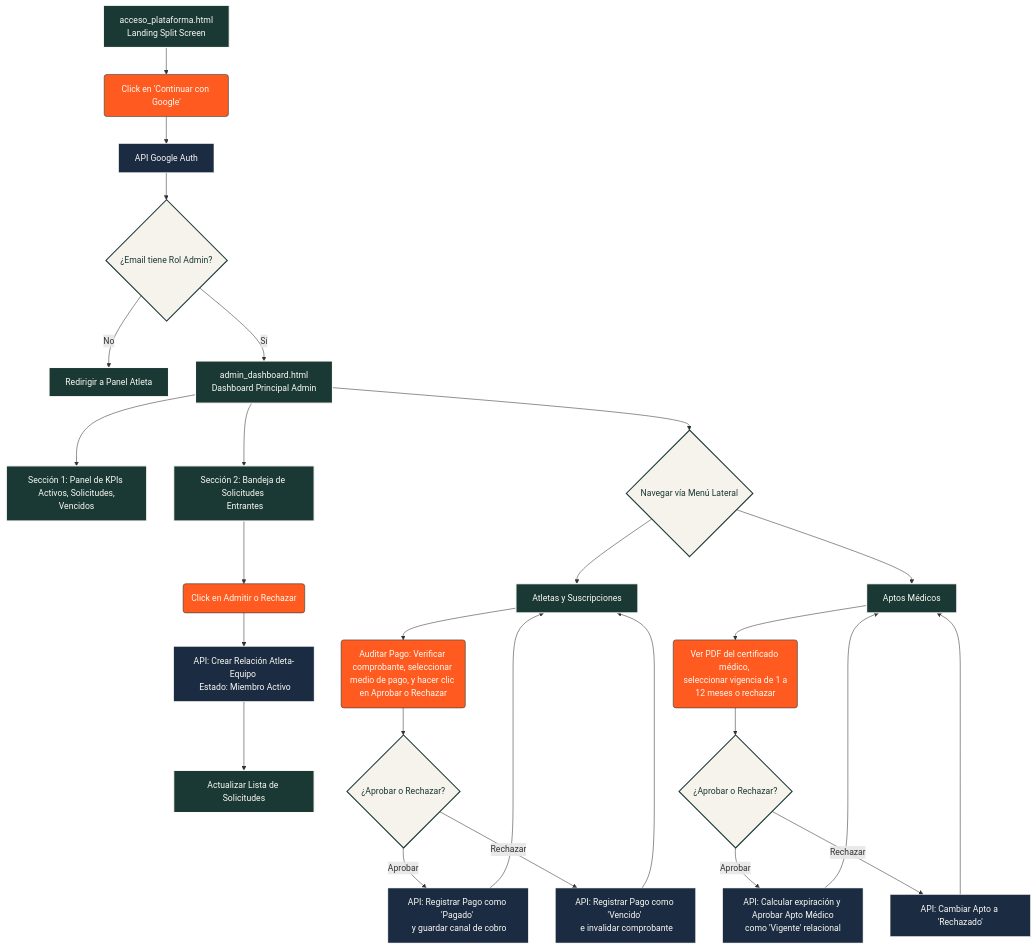
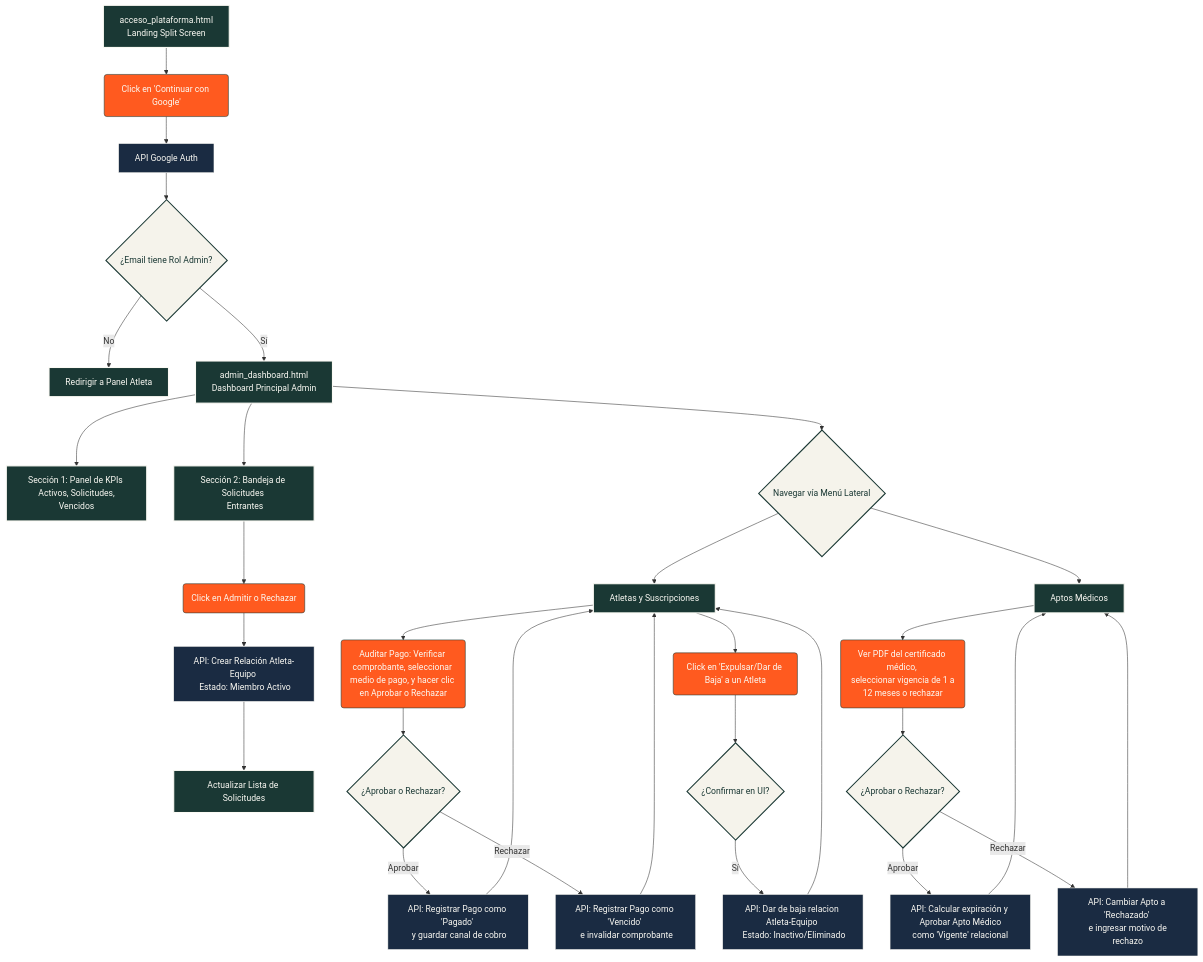
Before and after one commit to thspin/stride: the diagram in User Flows/flujo_recorrido_administrador.md, drawn with Mermaid. The commit also changed 8 other files, not shown here.

Commit message:
Docs: Update user flows with new business rules

````diff
--- a/User Flows/flujo_recorrido_administrador.md
+++ b/User Flows/flujo_recorrido_administrador.md
@@ -1,39 +1,44 @@
 ```mermaid
 graph TD
     classDef pantalla fill:#1A3834,stroke:#FBFAF4,stroke-width:2px,color:#FBFAF4;
     classDef accion fill:#FF5A1F,stroke:#1A3834,stroke-width:1px,color:#FBFAF4;
     classDef decision fill:#F5F3EB,stroke:#1A3834,stroke-width:2px,color:#1A3834;
     classDef sistema fill:#1A2B42,stroke:#FBFAF4,stroke-width:1px,color:#FBFAF4;
 
     A[acceso_plataforma.html <br> Landing Split Screen]:::pantalla --> B(Click en 'Continuar con Google'):::accion
     B --> C[API Google Auth]:::sistema
     C --> D{¿Email tiene Rol Admin?}:::decision
     
     D -- No --> E[Redirigir a Panel Atleta]:::pantalla
     D -- Sí --> F[admin_dashboard.html <br> Dashboard Principal Admin]:::pantalla
     
     F --> G[Sección 1: Panel de KPIs <br> Activos, Solicitudes, Vencidos]:::pantalla
     F --> H[Sección 2: Bandeja de Solicitudes <br> Entrantes]:::pantalla
     
     H --> I(Click en Admitir o Rechazar):::accion
     I --> J[API: Crear Relación Atleta-Equipo <br> Estado: Miembro Activo]:::sistema
     J --> K[Actualizar Lista de Solicitudes]:::pantalla
     
     F --> L{Navegar vía Menú Lateral}:::decision
     L --> L1[Atletas y Suscripciones]:::pantalla
     L --> L2[Aptos Médicos]:::pantalla
     
     L1 --> M(Auditar Pago: Verificar comprobante, seleccionar medio de pago, y hacer clic en Aprobar o Rechazar):::accion
     M --> M_API{¿Aprobar o Rechazar?}:::decision
     M_API -- Aprobar --> M_OK[API: Registrar Pago como 'Pagado' <br> y guardar canal de cobro]:::sistema
     M_API -- Rechazar --> M_NO[API: Registrar Pago como 'Vencido' <br> e invalidar comprobante]:::sistema
     M_OK --> L1
     M_NO --> L1
     
+    L1 --> M_Baja(Click en 'Expulsar/Dar de Baja' a un Atleta):::accion
+    M_Baja --> M_Baja_Conf{¿Confirmar en UI?}:::decision
+    M_Baja_Conf -- Sí --> M_Baja_API[API: Dar de baja relacion Atleta-Equipo <br> Estado: Inactivo/Eliminado]:::sistema
+    M_Baja_API --> L1
+
     L2 --> N(Ver PDF del certificado médico, <br> seleccionar vigencia de 1 a 12 meses o rechazar):::accion
     N --> N_API{¿Aprobar o Rechazar?}:::decision
     N_API -- Aprobar --> N_OK[API: Calcular expiración y <br> Aprobar Apto Médico como 'Vigente' relacional]:::sistema
-    N_API -- Rechazar --> N_NO[API: Cambiar Apto a 'Rechazado']:::sistema
+    N_API -- Rechazar --> N_NO[API: Cambiar Apto a 'Rechazado' <br> e ingresar motivo de rechazo]:::sistema
     N_OK --> L2
     N_NO --> L2
 ```
````
